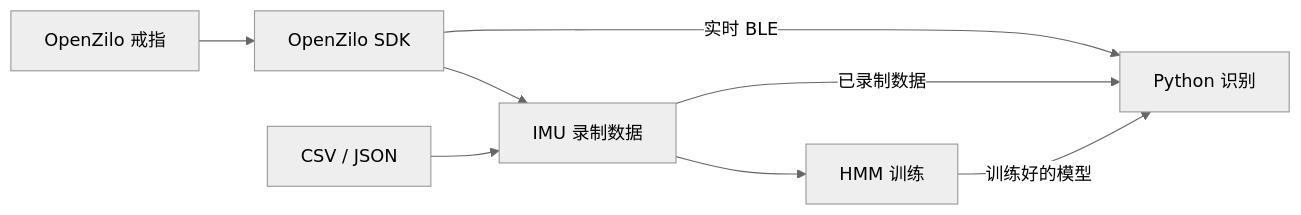
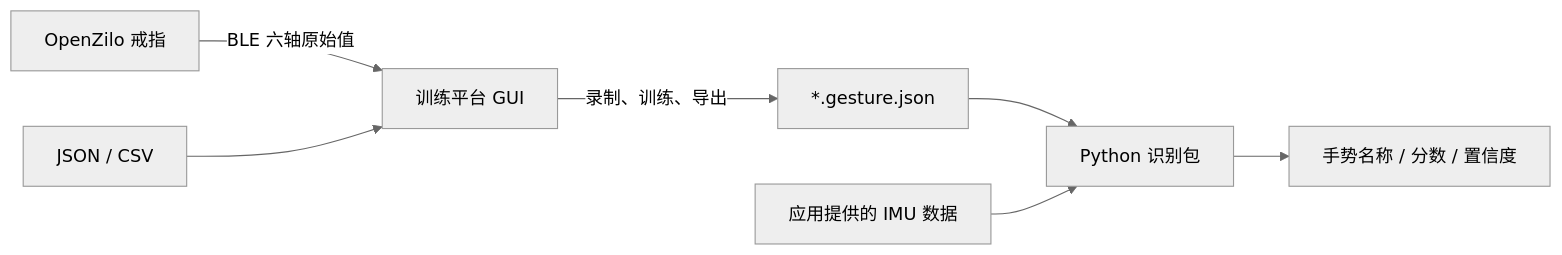
Before and after one commit to ziloai/OpenZilo-HMM: the diagram in README.zh-CN.md, drawn with Mermaid (neutral theme). The commit also changed other lines of this file and 36 other files, not shown here.

Commit message:
feat: split gesture studio and runtime with uv workspace

````diff
--- a/README.zh-CN.md
+++ b/README.zh-CN.md
@@ -38,10 +22,9 @@
 ```mermaid
 flowchart LR
-    ring["OpenZilo 戒指"] --> sdk["OpenZilo SDK"]
-    sdk --> recordings["IMU 录制数据"]
-    files["CSV / JSON"] --> recordings
-    recordings --> training["HMM 训练"]
-    training -->|训练好的模型| recognition["Python 识别"]
-    sdk -->|实时 BLE| recognition
-    recordings -->|已录制数据| recognition
+    ring[OpenZilo 戒指] -->|BLE 六轴原始值| studio[训练平台 GUI]
+    data[JSON / CSV] --> studio
+    studio -->|录制、训练、导出| bundle["*.gesture.json"]
+    bundle --> runtime[Python 识别包]
+    input[应用提供的 IMU 数据] --> runtime
+    runtime --> result[手势名称 / 分数 / 置信度]
 ```
````
